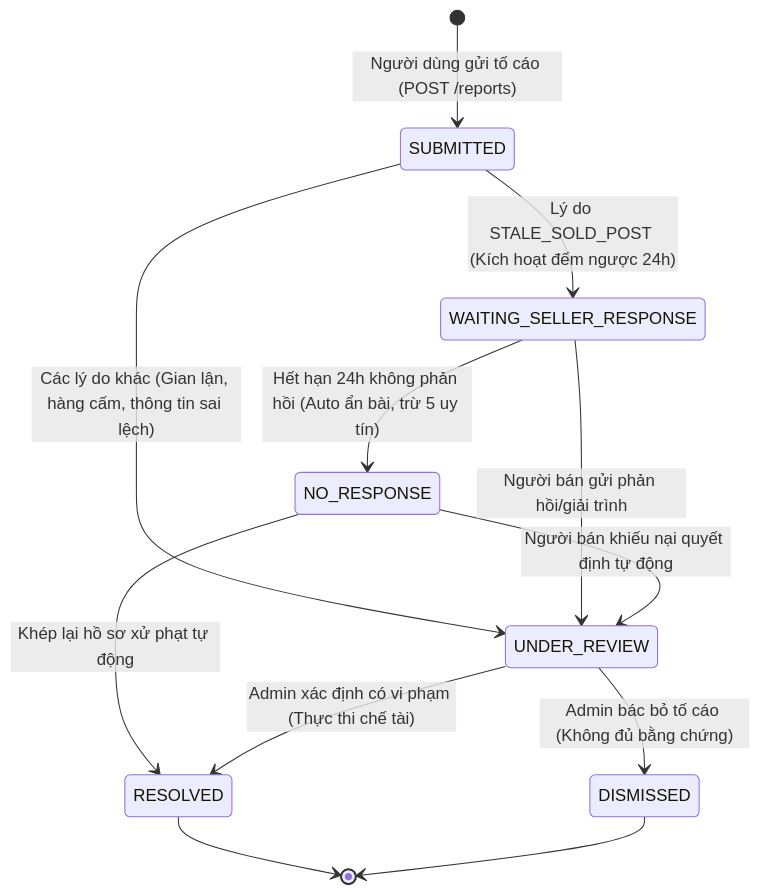
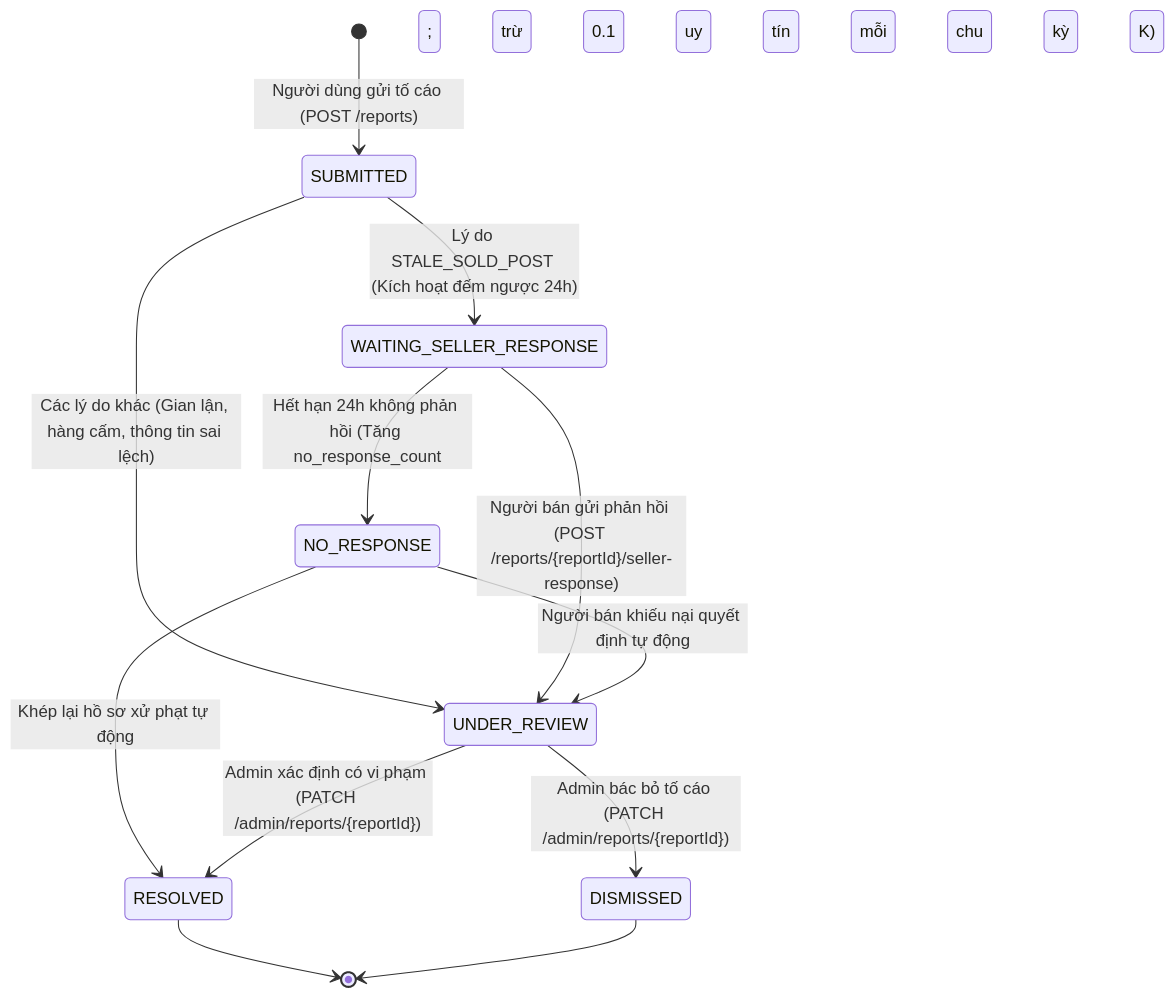
The third of 5 diagrams in docs/architecture/state_machines.md (danielnguyendbk/campus-marketplace), drawn with Mermaid before and after one commit. The commit also changed other lines of this file and 13 other files, not shown here.

````diff
--- a/docs/architecture/state_machines.md
+++ b/docs/architecture/state_machines.md
@@ -91,19 +91,19 @@
 ```mermaid
 stateDiagram-v2
     [*] --> SUBMITTED: Người dùng gửi tố cáo (POST /reports)
     
     SUBMITTED --> WAITING_SELLER_RESPONSE: Lý do STALE_SOLD_POST (Kích hoạt đếm ngược 24h)
     SUBMITTED --> UNDER_REVIEW: Các lý do khác (Gian lận, hàng cấm, thông tin sai lệch)
     
-    WAITING_SELLER_RESPONSE --> UNDER_REVIEW: Người bán gửi phản hồi/giải trình
-    WAITING_SELLER_RESPONSE --> NO_RESPONSE: Hết hạn 24h không phản hồi (Auto ẩn bài, trừ 5 uy tín)
+    WAITING_SELLER_RESPONSE --> UNDER_REVIEW: Người bán gửi phản hồi (POST /reports/{reportId}/seller-response)
+    WAITING_SELLER_RESPONSE --> NO_RESPONSE: Hết hạn 24h không phản hồi (Tăng no_response_count; trừ 0.1 uy tín mỗi chu kỳ K)
     
     NO_RESPONSE --> UNDER_REVIEW: Người bán khiếu nại quyết định tự động
     NO_RESPONSE --> RESOLVED: Khép lại hồ sơ xử phạt tự động
     
-    UNDER_REVIEW --> RESOLVED: Admin xác định có vi phạm (Thực thi chế tài)
-    UNDER_REVIEW --> DISMISSED: Admin bác bỏ tố cáo (Không đủ bằng chứng)
+    UNDER_REVIEW --> RESOLVED: Admin xác định có vi phạm (PATCH /admin/reports/{reportId})
+    UNDER_REVIEW --> DISMISSED: Admin bác bỏ tố cáo (PATCH /admin/reports/{reportId})
     
     RESOLVED --> [*]
     DISMISSED --> [*]
 ```
````
